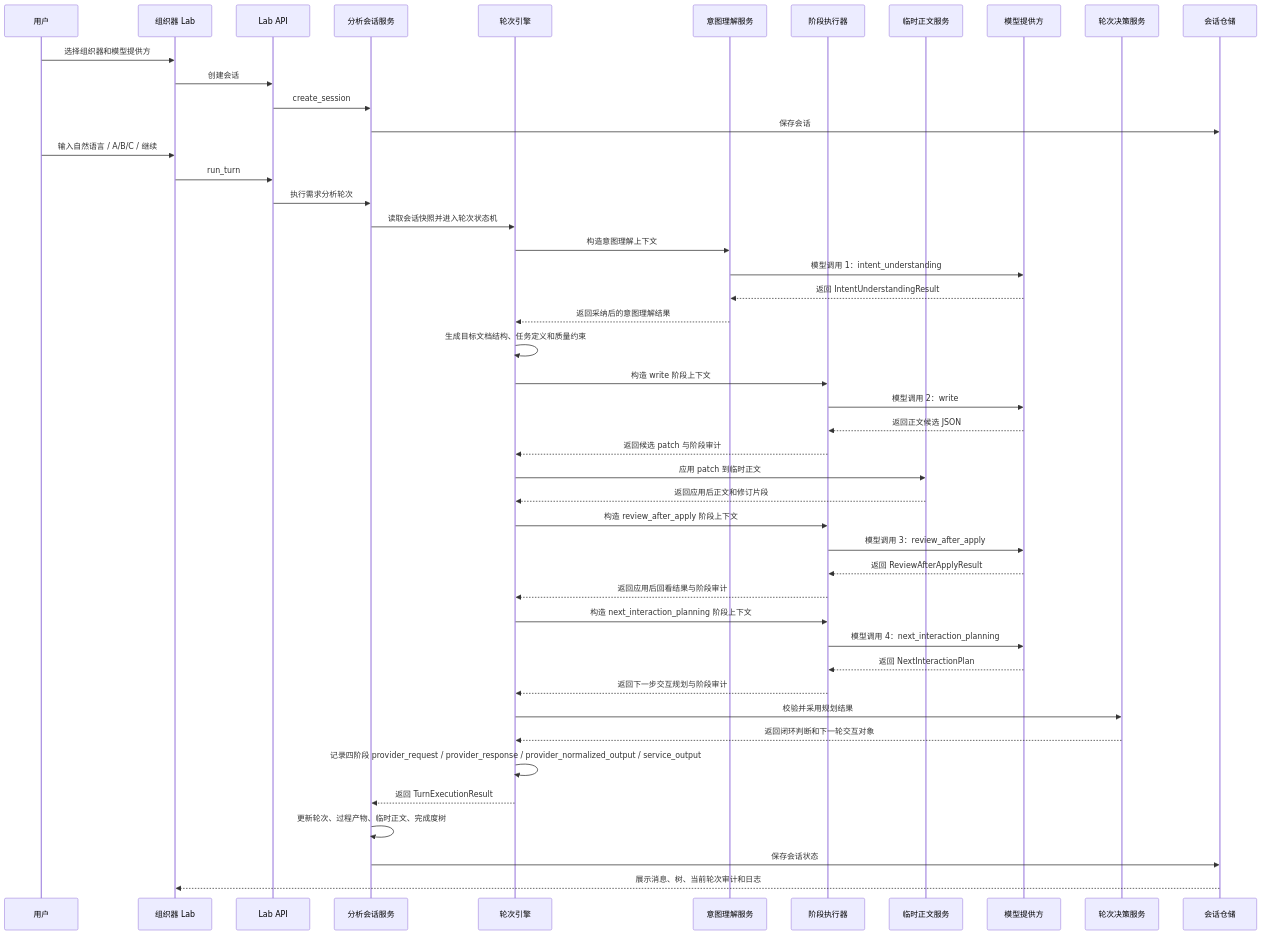
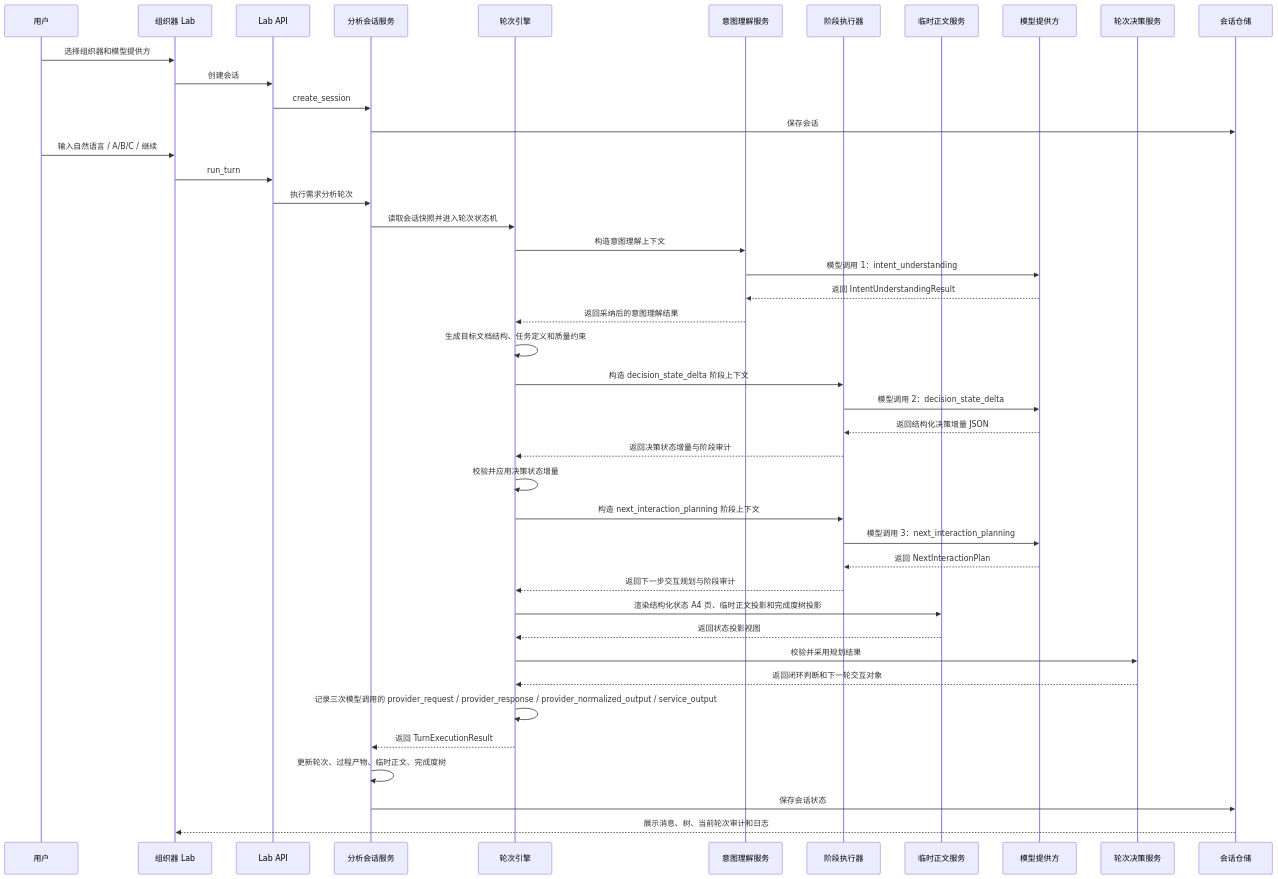
Diagram 35 of 35 in DOC/CODEX_DOC/02_设计说明/P2_需求分析系统/P2-需求分析系统设计.md (wgwtest/CodeFactoryV2), drawn with Mermaid before and after one commit. The commit also changed other lines of this file and 37 other files, not shown here.

Commit message:
feat: refine p2 requirement analysis decision flow

````diff
--- a/DOC/CODEX_DOC/02_设计说明/P2_需求分析系统/P2-需求分析系统设计.md
+++ b/DOC/CODEX_DOC/02_设计说明/P2_需求分析系统/P2-需求分析系统设计.md
@@ -6209,49 +6182,46 @@
 ```mermaid
 sequenceDiagram
   participant User as 用户
   participant Lab as 组织器 Lab
   participant API as Lab API
   participant Session as 分析会话服务
   participant Turn as 轮次引擎
   participant Intent as 意图理解服务
   participant Stage as 阶段执行器
   participant Doc as 临时正文服务
   participant Provider as 模型提供方
   participant Decision as 轮次决策服务
   participant Store as 会话仓储
 
   User->>Lab: 选择组织器和模型提供方
   Lab->>API: 创建会话
   API->>Session: create_session
   Session->>Store: 保存会话
   User->>Lab: 输入自然语言 / A/B/C / 继续
   Lab->>API: run_turn
   API->>Session: 执行需求分析轮次
   Session->>Turn: 读取会话快照并进入轮次状态机
   Turn->>Intent: 构造意图理解上下文
   Intent->>Provider: 模型调用 1：intent_understanding
   Provider-->>Intent: 返回 IntentUnderstandingResult
   Intent-->>Turn: 返回采纳后的意图理解结果
   Turn->>Turn: 生成目标文档结构、任务定义和质量约束
-  Turn->>Stage: 构造 write 阶段上下文
-  Stage->>Provider: 模型调用 2：write
-  Provider-->>Stage: 返回正文候选 JSON
-  Stage-->>Turn: 返回候选 patch 与阶段审计
-  Turn->>Doc: 应用 patch 到临时正文
-  Doc-->>Turn: 返回应用后正文和修订片段
-  Turn->>Stage: 构造 review_after_apply 阶段上下文
-  Stage->>Provider: 模型调用 3：review_after_apply
-  Provider-->>Stage: 返回 ReviewAfterApplyResult
-  Stage-->>Turn: 返回应用后回看结果与阶段审计
+  Turn->>Stage: 构造 decision_state_delta 阶段上下文
+  Stage->>Provider: 模型调用 2：decision_state_delta
+  Provider-->>Stage: 返回结构化决策增量 JSON
+  Stage-->>Turn: 返回决策状态增量与阶段审计
+  Turn->>Turn: 校验并应用决策状态增量
   Turn->>Stage: 构造 next_interaction_planning 阶段上下文
-  Stage->>Provider: 模型调用 4：next_interaction_planning
+  Stage->>Provider: 模型调用 3：next_interaction_planning
   Provider-->>Stage: 返回 NextInteractionPlan
   Stage-->>Turn: 返回下一步交互规划与阶段审计
+  Turn->>Doc: 渲染结构化状态 A4 页、临时正文投影和完成度树投影
+  Doc-->>Turn: 返回状态投影视图
   Turn->>Decision: 校验并采用规划结果
   Decision-->>Turn: 返回闭环判断和下一轮交互对象
-  Turn->>Turn: 记录四阶段 provider_request / provider_response / provider_normalized_output / service_output
+  Turn->>Turn: 记录三次模型调用的 provider_request / provider_response / provider_normalized_output / service_output
   Turn-->>Session: 返回 TurnExecutionResult
   Session->>Session: 更新轮次、过程产物、临时正文、完成度树
   Session->>Store: 保存会话状态
   Store-->>Lab: 展示消息、树、当前轮次审计和日志
 ```
````
